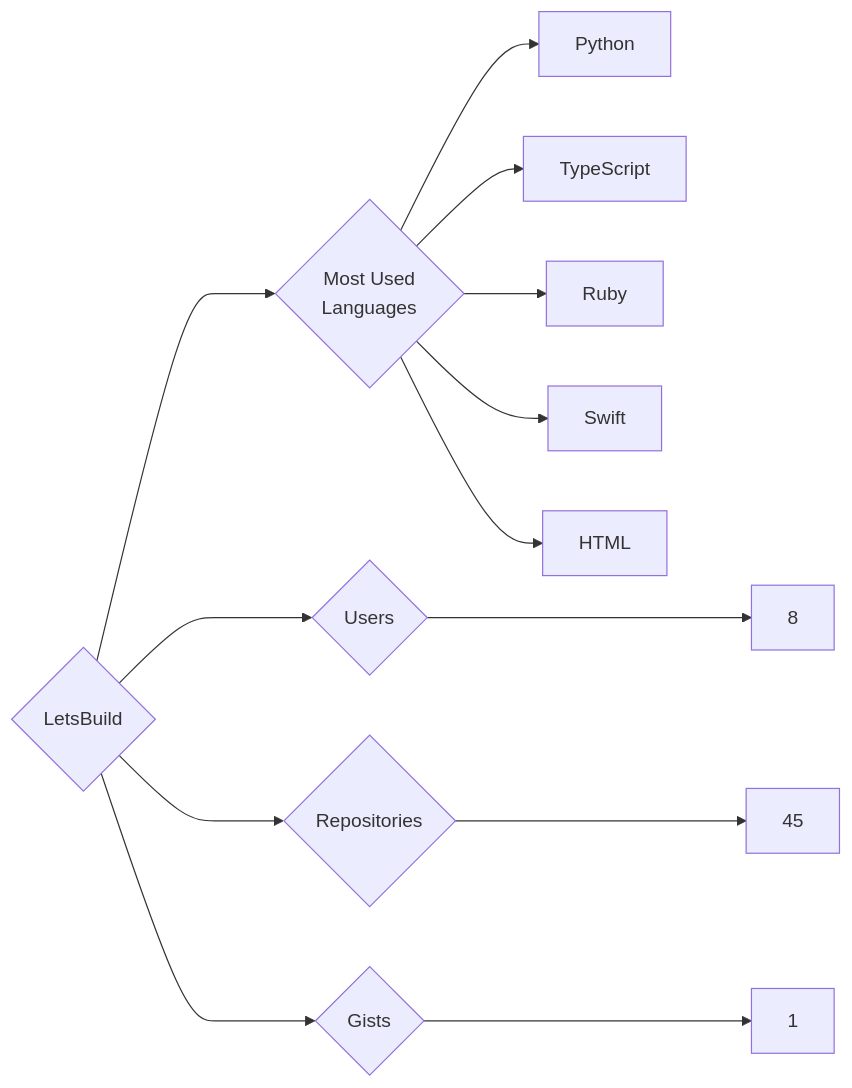
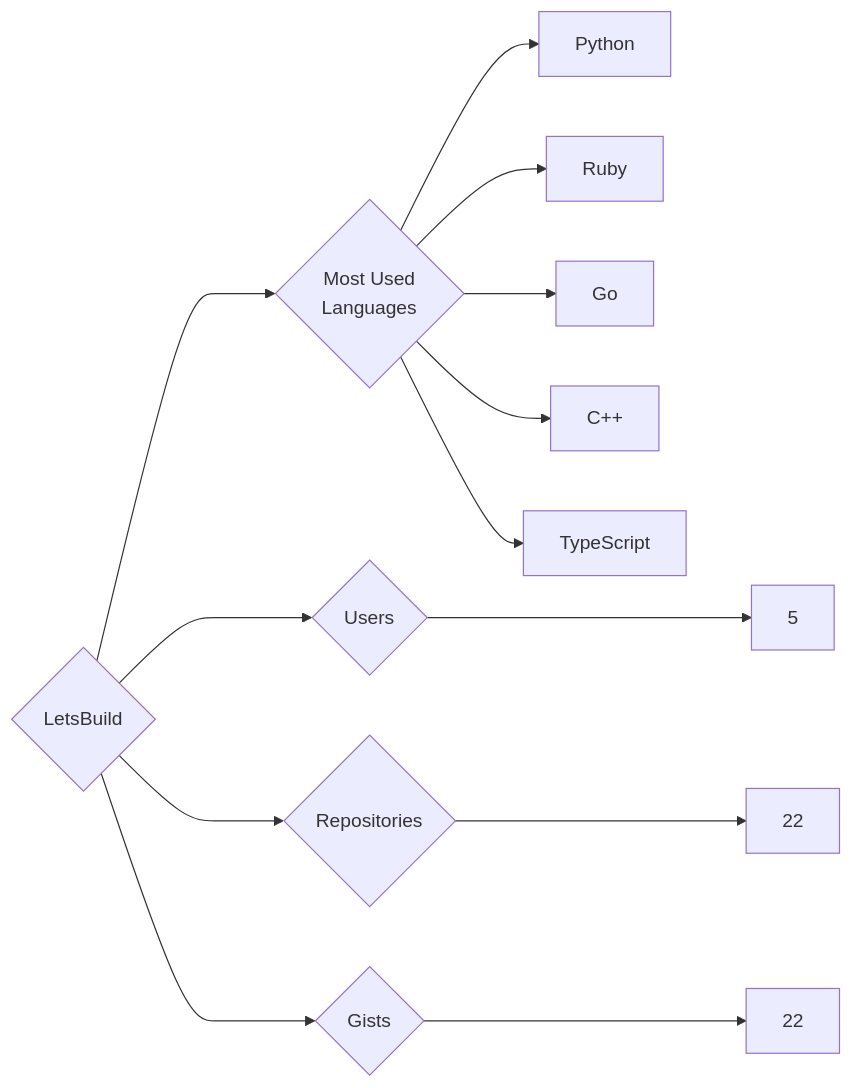
Before and after one commit to trickest/insiders: the diagram in targets/LetsBuild/README.md, drawn with Mermaid. The commit also changed 1484 other files, not shown here.

````diff
--- a/targets/LetsBuild/README.md
+++ b/targets/LetsBuild/README.md
@@ -3,13 +3,13 @@
 ```mermaid
 graph LR
 COMPANY_NAME{LetsBuild}
-COMPANY_NAME ---> U{Users} ---> UN[8]
-COMPANY_NAME ---> R{Repositories} ---> RN[45]
-COMPANY_NAME ---> G{Gists} ---> GN[1]
+COMPANY_NAME ---> U{Users} ---> UN[5]
+COMPANY_NAME ---> R{Repositories} ---> RN[22]
+COMPANY_NAME ---> G{Gists} ---> GN[22]
 COMPANY_NAME ---> ML{Most Used<br>Languages}
 ML --> Python[Python]
+ML --> Ruby[Ruby]
+ML --> Go[Go]
+ML --> C++[C++]
 ML --> TypeScript[TypeScript]
-ML --> Ruby[Ruby]
-ML --> Swift[Swift]
-ML --> HTML[HTML]
 ```
````
